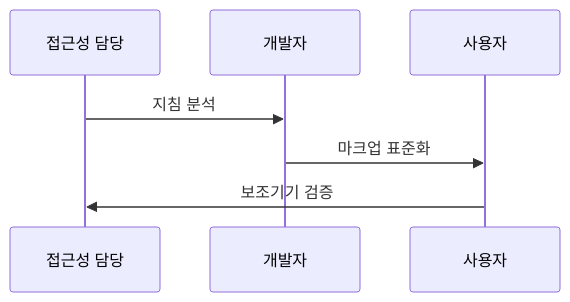
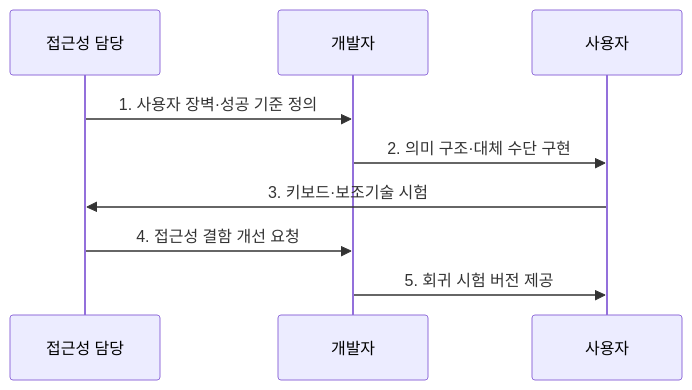
One commit to agnusdei1207/knowledge-base changed the second of 2 diagrams in src/content/docs/notes/07-law-policy/013_digital_accessibility_wcag.md. Above: the diagram before and after it, drawn with Mermaid. The commit also changed other lines of this file and 9 other files, not shown here.

````diff
--- a/src/content/docs/notes/07-law-policy/013_digital_accessibility_wcag.md
+++ b/src/content/docs/notes/07-law-policy/013_digital_accessibility_wcag.md
@@ -63,9 +73,11 @@
 ```mermaid
 sequenceDiagram
     participant A as 접근성 담당
     participant D as 개발자
     participant U as 사용자
-    A->>D: 지침 분석
-    D->>U: 마크업 표준화
-    U->>A: 보조기기 검증
+    A->>D: 1. 사용자 장벽·성공 기준 정의
+    D->>U: 2. 의미 구조·대체 수단 구현
+    U->>A: 3. 키보드·보조기술 시험
+    A->>D: 4. 접근성 결함 개선 요청
+    D->>U: 5. 회귀 시험 버전 제공
 ```
````
